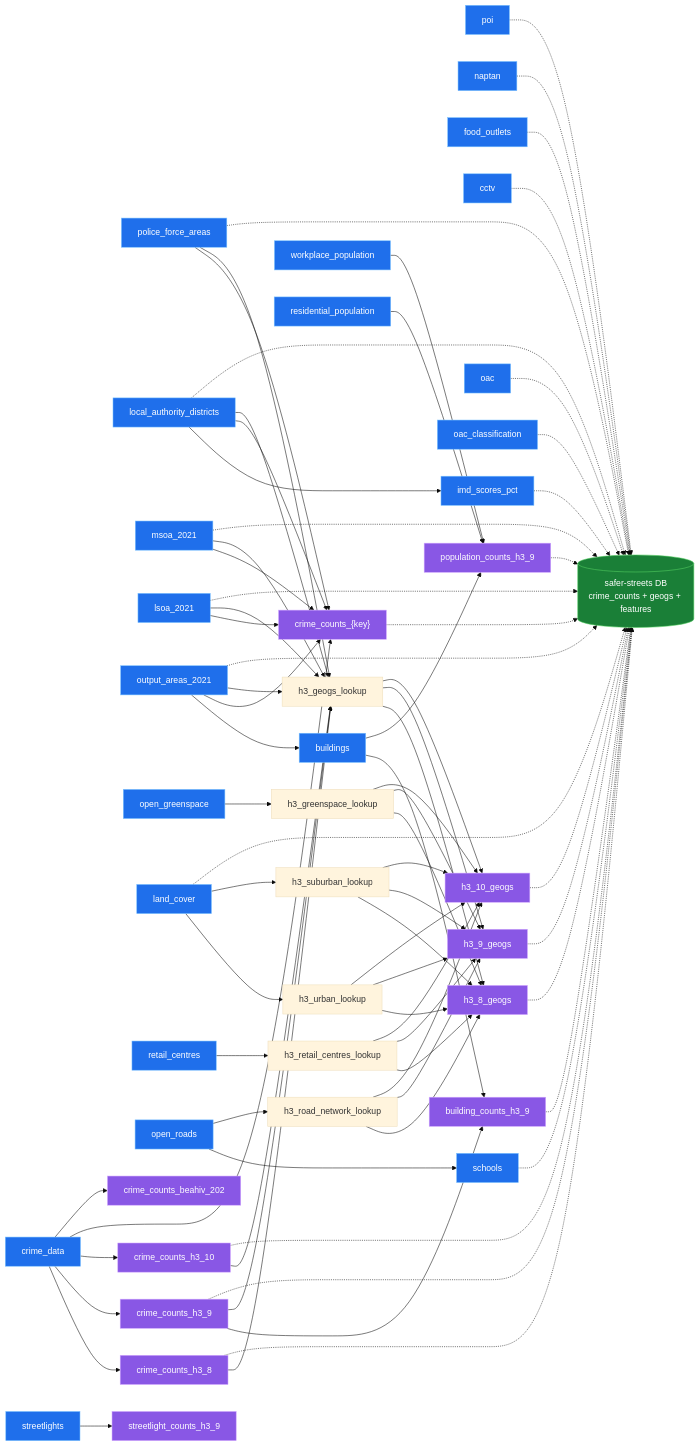
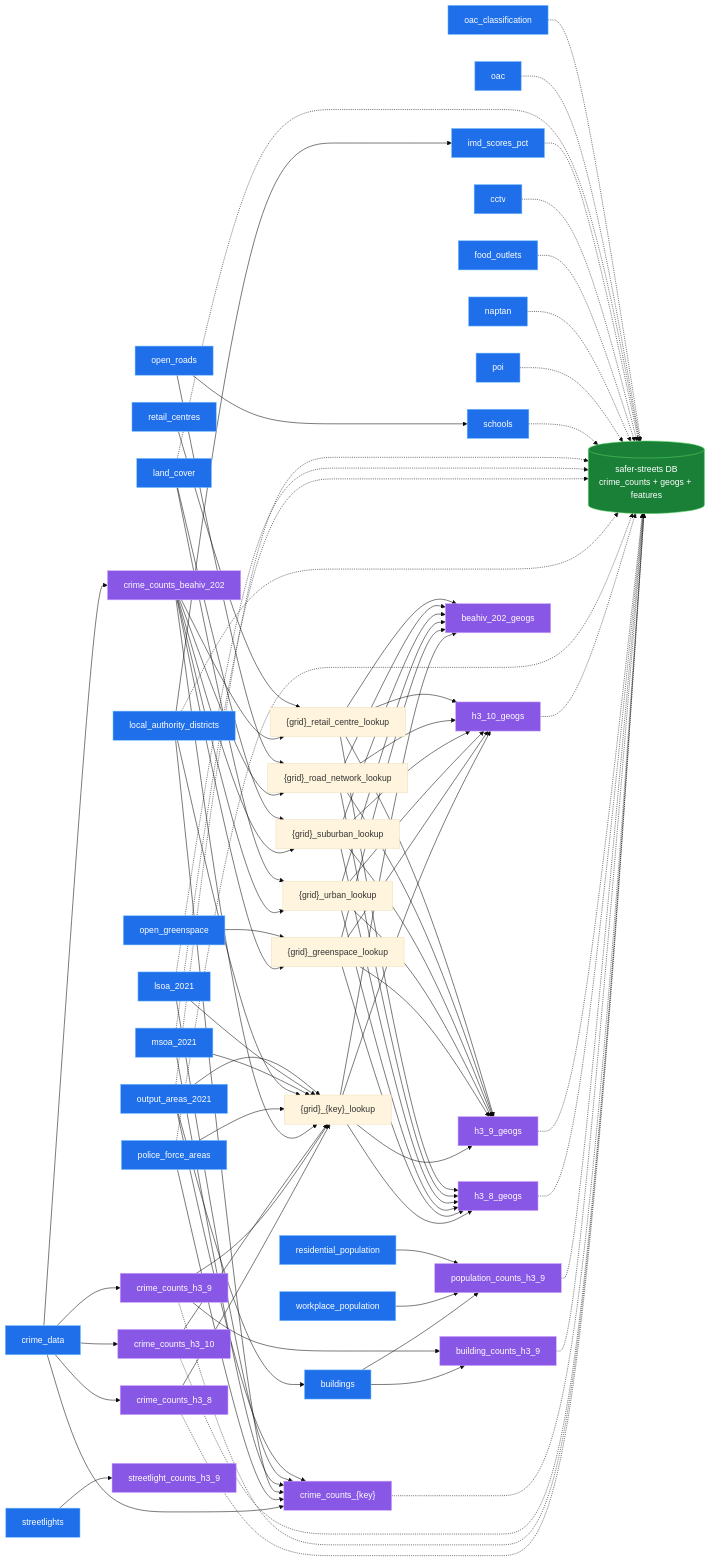
The diagram in README.md (safer-streets/safer-streets-tooling), drawn with Mermaid (base theme) before and after one commit. The commit also changed other lines of this file and 11 other files, not shown here.

First line of the commit message:
Parameterise the per-cell lookups by grid, adding beahiv_202_geogs

````diff
--- a/README.md
+++ b/README.md
@@ -83,15 +83,16 @@
    streetlight_counts_h3_9
    building_counts_h3_9
    population_counts_h3_9
-   h3_geogs_lookup
-   h3_greenspace_lookup
-   h3_urban_lookup
-   h3_suburban_lookup
-   h3_road_network_lookup
-   h3_retail_centres_lookup
+   geo_lookup["{grid}_{key}_lookup"]
+   greenspace_lookup["{grid}_greenspace_lookup"]
+   urban_lookup["{grid}_urban_lookup"]
+   suburban_lookup["{grid}_suburban_lookup"]
+   road_lookup["{grid}_road_network_lookup"]
+   retail_lookup["{grid}_retail_centre_lookup"]
    h3_8_geogs
    h3_9_geogs
    h3_10_geogs
+   beahiv_geogs["beahiv_202_geogs"]
 
    direction LR
    database[("safer-streets DB<br/>crime_counts + geogs + features")]
@@ -118,37 +119,49 @@
     buildings --> population_counts_h3_9
     workplace_population --> population_counts_h3_9
     residential_population --> population_counts_h3_9
-    crime_counts_h3_8 --> h3_geogs_lookup
-    crime_counts_h3_9 --> h3_geogs_lookup
-    crime_counts_h3_10 --> h3_geogs_lookup
-    police_force_areas --> h3_geogs_lookup
-    local_authority_districts --> h3_geogs_lookup
-    msoa_2021 --> h3_geogs_lookup
-    lsoa_2021 --> h3_geogs_lookup
-    output_areas_2021 --> h3_geogs_lookup
-    open_greenspace --> h3_greenspace_lookup
-    land_cover --> h3_urban_lookup
-    land_cover --> h3_suburban_lookup
-    open_roads --> h3_road_network_lookup
-    retail_centres --> h3_retail_centres_lookup
-    h3_geogs_lookup --> h3_8_geogs
-    h3_greenspace_lookup --> h3_8_geogs
-    h3_urban_lookup --> h3_8_geogs
-    h3_suburban_lookup --> h3_8_geogs
-    h3_road_network_lookup --> h3_8_geogs
-    h3_retail_centres_lookup --> h3_8_geogs
-    h3_geogs_lookup --> h3_9_geogs
-    h3_greenspace_lookup --> h3_9_geogs
-    h3_urban_lookup --> h3_9_geogs
-    h3_suburban_lookup --> h3_9_geogs
-    h3_road_network_lookup --> h3_9_geogs
-    h3_retail_centres_lookup --> h3_9_geogs
-    h3_geogs_lookup --> h3_10_geogs
-    h3_greenspace_lookup --> h3_10_geogs
-    h3_urban_lookup --> h3_10_geogs
-    h3_suburban_lookup --> h3_10_geogs
-    h3_road_network_lookup --> h3_10_geogs
-    h3_retail_centres_lookup --> h3_10_geogs
+    crime_counts_h3_8 --> geo_lookup
+    crime_counts_h3_9 --> geo_lookup
+    crime_counts_h3_10 --> geo_lookup
+    crime_counts_beahiv --> geo_lookup
+    crime_counts_beahiv --> greenspace_lookup
+    crime_counts_beahiv --> urban_lookup
+    crime_counts_beahiv --> suburban_lookup
+    crime_counts_beahiv --> road_lookup
+    crime_counts_beahiv --> retail_lookup
+    police_force_areas --> geo_lookup
+    local_authority_districts --> geo_lookup
+    msoa_2021 --> geo_lookup
+    lsoa_2021 --> geo_lookup
+    output_areas_2021 --> geo_lookup
+    open_greenspace --> greenspace_lookup
+    land_cover --> urban_lookup
+    land_cover --> suburban_lookup
+    open_roads --> road_lookup
+    retail_centres --> retail_lookup
+    geo_lookup --> h3_8_geogs
+    greenspace_lookup --> h3_8_geogs
+    urban_lookup --> h3_8_geogs
+    suburban_lookup --> h3_8_geogs
+    road_lookup --> h3_8_geogs
+    retail_lookup --> h3_8_geogs
+    geo_lookup --> h3_9_geogs
+    greenspace_lookup --> h3_9_geogs
+    urban_lookup --> h3_9_geogs
+    suburban_lookup --> h3_9_geogs
+    road_lookup --> h3_9_geogs
+    retail_lookup --> h3_9_geogs
+    geo_lookup --> h3_10_geogs
+    greenspace_lookup --> h3_10_geogs
+    urban_lookup --> h3_10_geogs
+    suburban_lookup --> h3_10_geogs
+    road_lookup --> h3_10_geogs
+    retail_lookup --> h3_10_geogs
+    geo_lookup --> beahiv_geogs
+    greenspace_lookup --> beahiv_geogs
+    urban_lookup --> beahiv_geogs
+    suburban_lookup --> beahiv_geogs
+    road_lookup --> beahiv_geogs
+    retail_lookup --> beahiv_geogs
 
     %% load edges (optional): minimal DB = crime counts + geogs + ONS boundary tables + feature layers; --include adds more
     crime_counts_h3_8 -.-> database
@@ -180,6 +193,6 @@
     classDef transform fill:#8957e5,stroke:#d2a8ff,stroke-width:1px,color:#ffffff;
     classDef load fill:#1a7f37,stroke:#56d364,stroke-width:1px,color:#ffffff;
     class crime_data,police_force_areas,local_authority_districts,msoa_2021,lsoa_2021,output_areas_2021,open_greenspace,land_cover,buildings,retail_centres,open_roads,poi,naptan,food_outlets,streetlights,cctv,schools,imd_scores_pct,oac,oac_classification,workplace_population,residential_population extract;
-    class crime_counts_h3_8,crime_counts_h3_9,crime_counts_h3_10,crime_counts_geog,crime_counts_beahiv,streetlight_counts_h3_9,building_counts_h3_9,population_counts_h3_9,h3_8_geogs,h3_9_geogs,h3_10_geogs transform;
+    class crime_counts_h3_8,crime_counts_h3_9,crime_counts_h3_10,crime_counts_geog,crime_counts_beahiv,streetlight_counts_h3_9,building_counts_h3_9,population_counts_h3_9,h3_8_geogs,h3_9_geogs,h3_10_geogs,beahiv_geogs transform;
     class database load;
 ```
````
